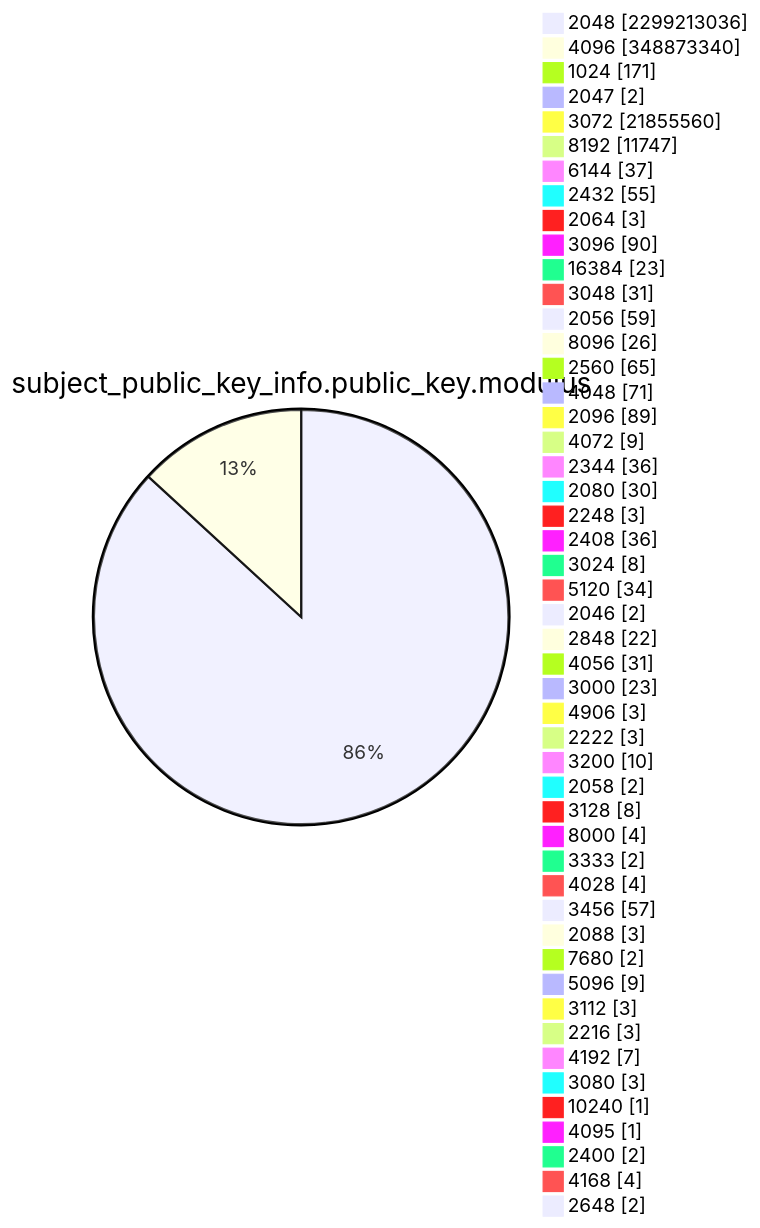
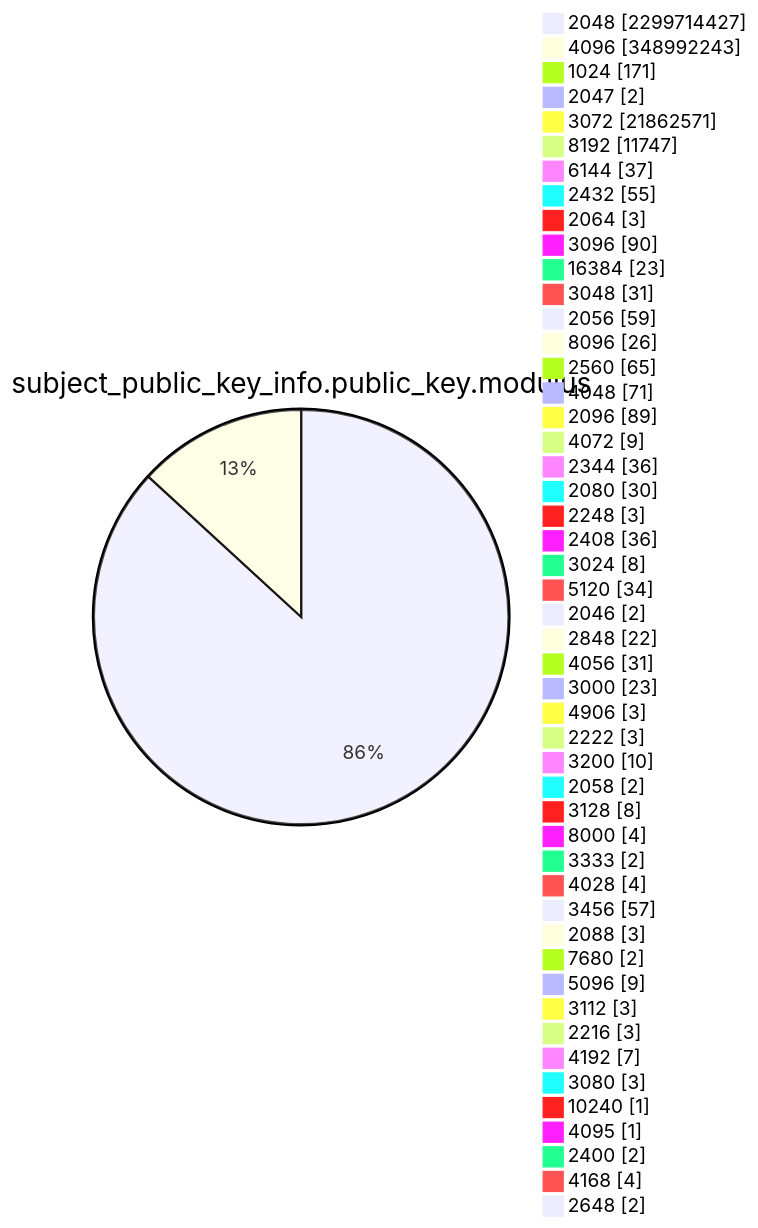
Diagram 13 of 15 in TOTAL/README.md (christiankrug/ctmonitor_visualization), drawn with Mermaid before and after one commit. The commit also changed other lines of this file, not shown here.

````diff
--- a/TOTAL/README.md
+++ b/TOTAL/README.md
@@ -4165,53 +4165,53 @@
 ```mermaid
 pie showData
 title subject_public_key_info.public_key.modulus
-"2048" :2299213036
-"4096" :348873340
+"2048" :2299714427
+"4096" :348992243
 "1024" :171
 "2047" :2
-"3072" :21855560
+"3072" :21862571
 "8192" :11747
 "6144" :37
 "2432" :55
 "2064" :3
 "3096" :90
 "16384" :23
 "3048" :31
 "2056" :59
 "8096" :26
 "2560" :65
 "4048" :71
 "2096" :89
 "4072" :9
 "2344" :36
 "2080" :30
 "2248" :3
 "2408" :36
 "3024" :8
 "5120" :34
 "2046" :2
 "2848" :22
 "4056" :31
 "3000" :23
 "4906" :3
 "2222" :3
 "3200" :10
 "2058" :2
 "3128" :8
 "8000" :4
 "3333" :2
 "4028" :4
 "3456" :57
 "2088" :3
 "7680" :2
 "5096" :9
 "3112" :3
 "2216" :3
 "4192" :7
 "3080" :3
 "10240" :1
 "4095" :1
 "2400" :2
 "4168" :4
 "2648" :2
 ```
````
